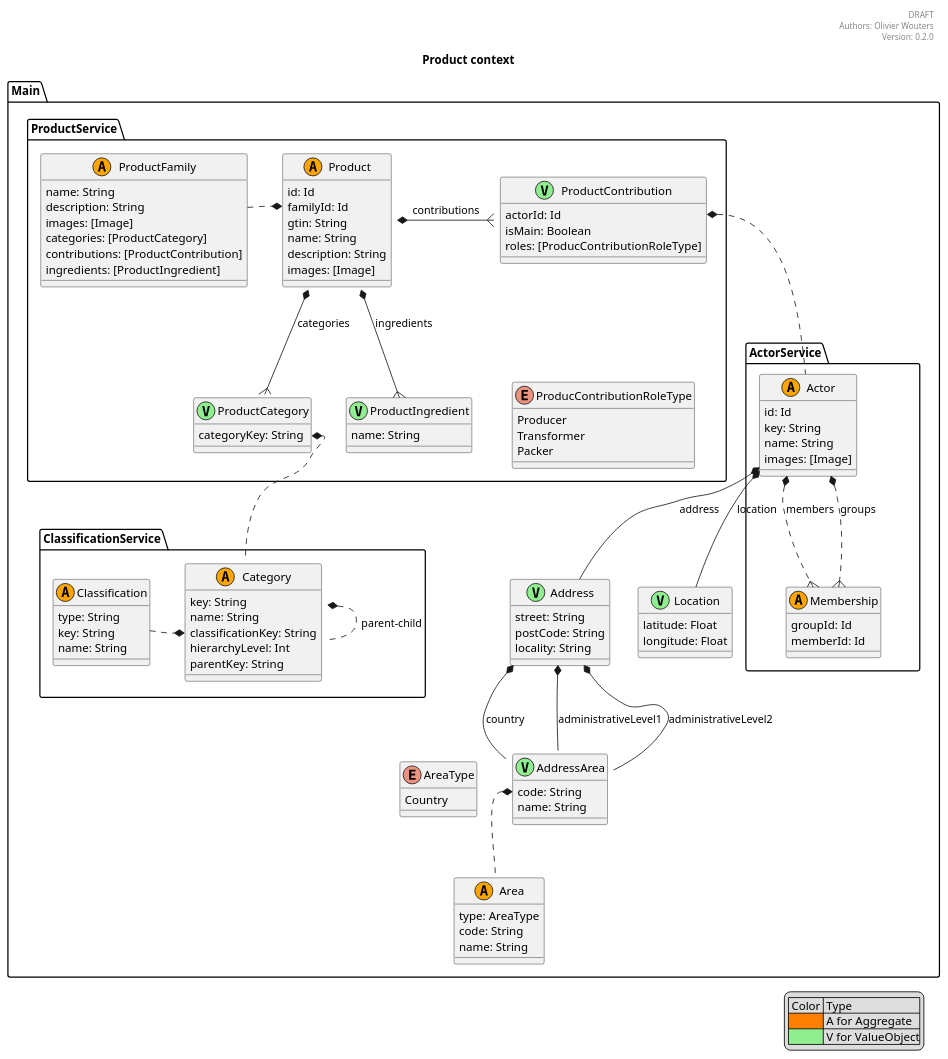
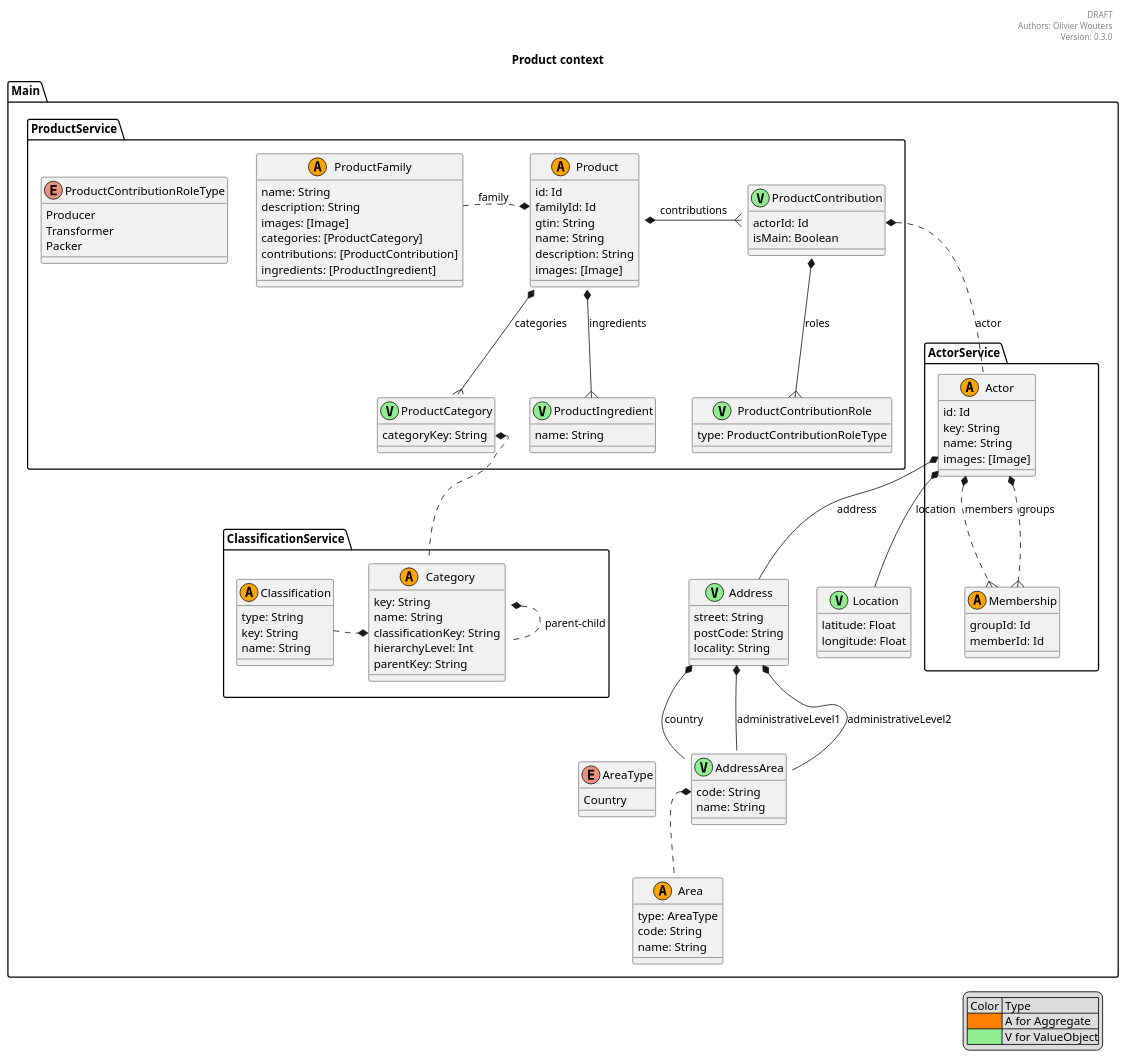
One commit to digicirco/short-supply-chains-model changed the diagram in product_context.puml. Above: the diagram before and after it, drawn with PlantUML.

Commit message:
product contribution role value object

```diff
--- a/product_context.puml
+++ b/product_context.puml
@@ -1,148 +1,151 @@
 @startuml
 
 header
 DRAFT
 Authors: Olivier Wouters
-Version: 0.2.0
+Version: 0.3.0
 endheader
 
 legend right
     | Color | Type |
     |<#ff7f00>| A for Aggregate|
     |<#90ee90>| V for ValueObject|
 endlegend
 
 title Product context
 
 namespace Main {
   
   class Address << (V,lightgreen) >> {
     street: String
     postCode: String
     locality: String
   }
   
   Address *-- AddressArea : country
   Address *-- AddressArea : administrativeLevel1
   Address *-- AddressArea : administrativeLevel2
   
   class AddressArea << (V,lightgreen) >> {
     code: String
     name: String
   }
   
   AddressArea::code *.. Area
   
   class Area << (A,orange) >> {
     type: AreaType
     code: String
     name: String
   }
   
   Area .up[hidden]. AreaType
   
   enum AreaType {
       Country
   }
   
   class Location << (V,lightgreen) >> {
       latitude: Float
       longitude: Float
   }
   
   
   namespace ActorService {
   
     class Actor << (A,orange) >> {
       id: Id
       key: String
       name: String
       images: [Image]
     }
     
     Actor *-- Main.Address : address
     Actor *-- Main.Location : location
     
     class Membership << (A,orange) >> {
       groupId: Id
       memberId: Id
     }
   
     Actor *..{ Membership : members
     Actor *..{ Membership : groups
   }
   
   namespace ClassificationService {
     
     class Classification << (A,orange) >> {
       type: String
       key: String
       name: String
     }
     
     class Category << (A,orange) >> {
       key: String
       name: String
       classificationKey: String
       hierarchyLevel: Int
       parentKey: String
     }
     
     Category::classificationKey *.left. Classification
     Category *.right. Category : parent-child
   }
   
   namespace ProductService {
   
     class Product << (A,orange) >> {
       id: Id
       familyId: Id
       gtin: String
       name: String
       description: String
       images: [Image]
     }
     
     Product *-right-{ ProductContribution : contributions
     Product *-down-{ ProductCategory :  categories
-    Product::familyId *.left. ProductFamily
+    Product::familyId *.left. ProductFamily : family
     Product *--{ ProductIngredient : ingredients
     
     class ProductContribution << (V,lightgreen) >> {
         actorId: Id
         isMain: Boolean
-        roles: [ProducContributionRoleType]
     }
     
-   ProductContribution::actorId *..  Main.ActorService.Actor
+   ProductContribution::actorId *..  Main.ActorService.Actor : actor
     
-    ProductContribution -down[hidden]- ProducContributionRoleType
+    ProductContribution *-down-{ ProductContributionRole : roles
     
-    enum ProducContributionRoleType {
+    enum ProductContributionRoleType {
       Producer
       Transformer
       Packer
+    }
+    
+    class ProductContributionRole << (V,lightgreen) >> {
+      type: ProductContributionRoleType
     }
     
     class ProductCategory << (V,lightgreen) >> {
       categoryKey: String
     }
   
     ProductCategory::categoryKey *.down. Main.ClassificationService.Category
     
     class ProductIngredient << (V,lightgreen) >> {
         name: String
     }
     
     class ProductFamily << (A,orange) >> {
       name: String
       description: String
       images: [Image]
       categories: [ProductCategory]
       contributions: [ProductContribution]
       ingredients: [ProductIngredient]
     }
   }
 }
 
 @enduml
```
